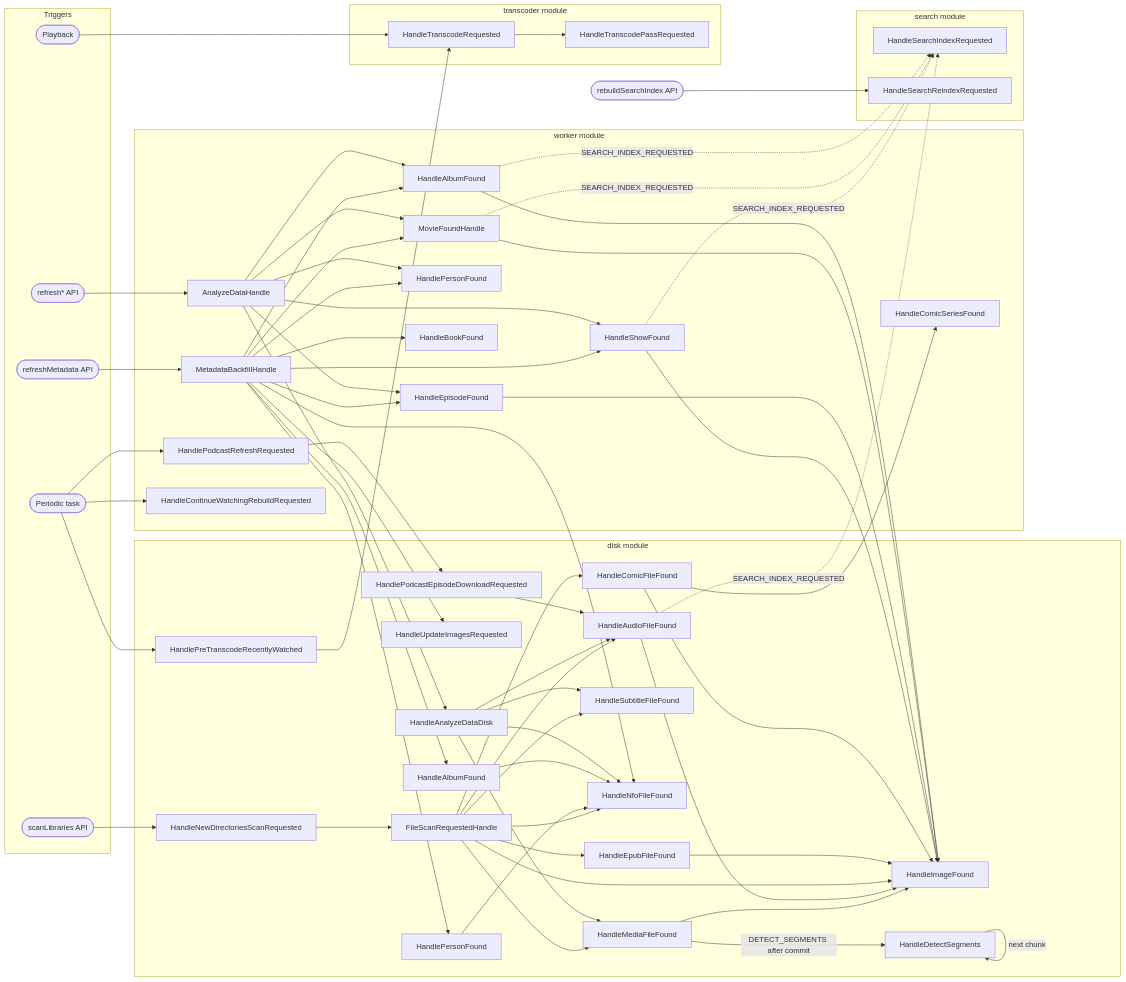
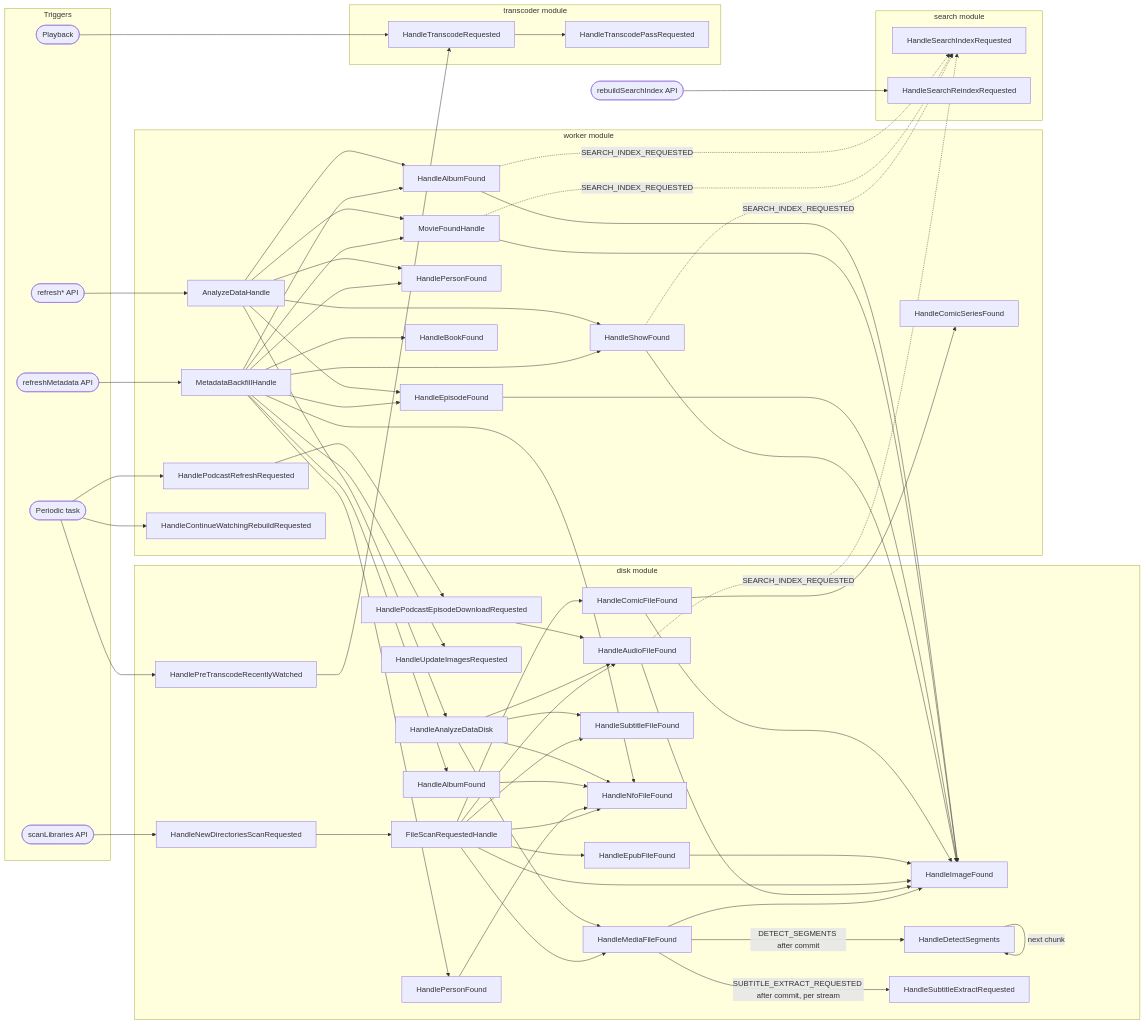
One commit to ister-app/server changed the diagram in doc/architecture/diagrams/event-overview.md. Above: the diagram before and after it, drawn with Mermaid. The commit also changed 66 other files, not shown here.

```diff
--- a/doc/architecture/diagrams/event-overview.md
+++ b/doc/architecture/diagrams/event-overview.md
@@ -30,6 +30,7 @@
         H14[HandleComicFileFound]
         H15[HandlePodcastEpisodeDownloadRequested]
         H16[HandleDetectSegments]
+        H17[HandleSubtitleExtractRequested]
     end
 
     subgraph worker module
@@ -60,6 +61,7 @@
     H2 --> H3 --> H6
     H3 -->|DETECT_SEGMENTS after commit| H16
     H16 -->|next chunk| H16
+    H3 -->|SUBTITLE_EXTRACT_REQUESTED after commit, per stream| H17
     H2 --> H4 --> H6
     H2 --> H5
     H2 --> H6
```
